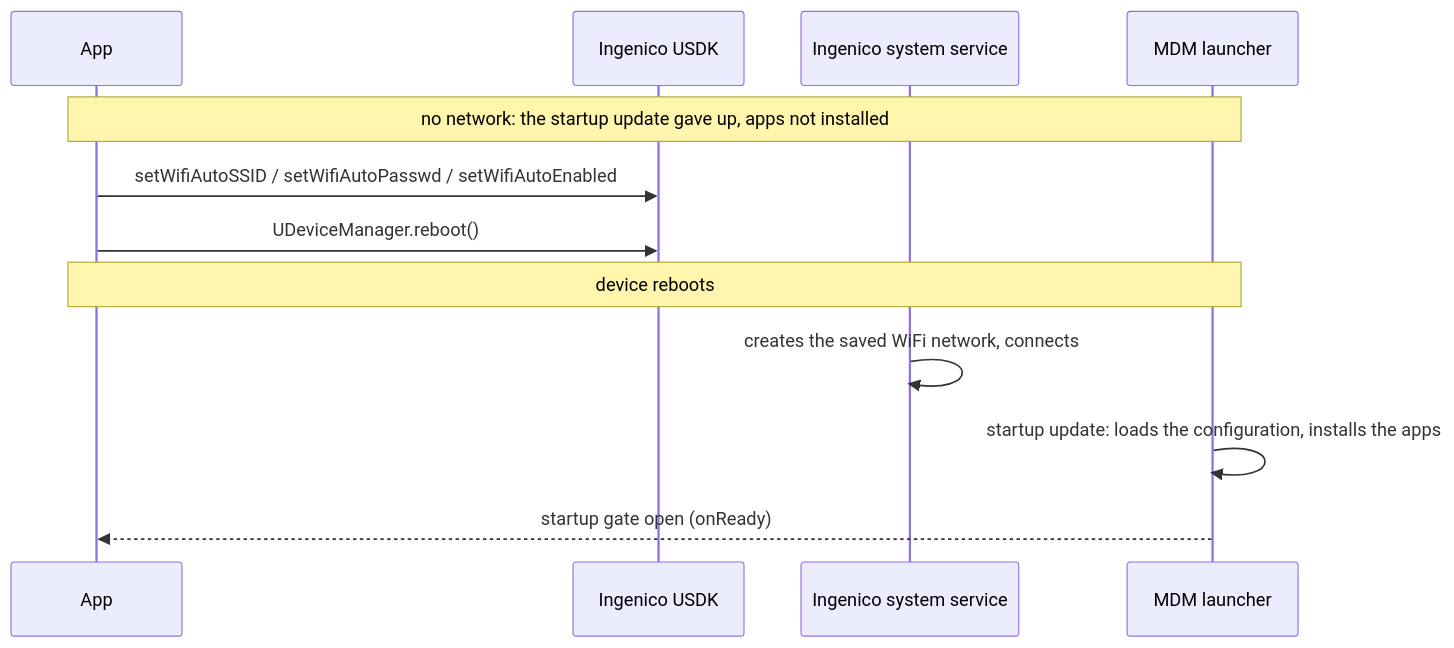
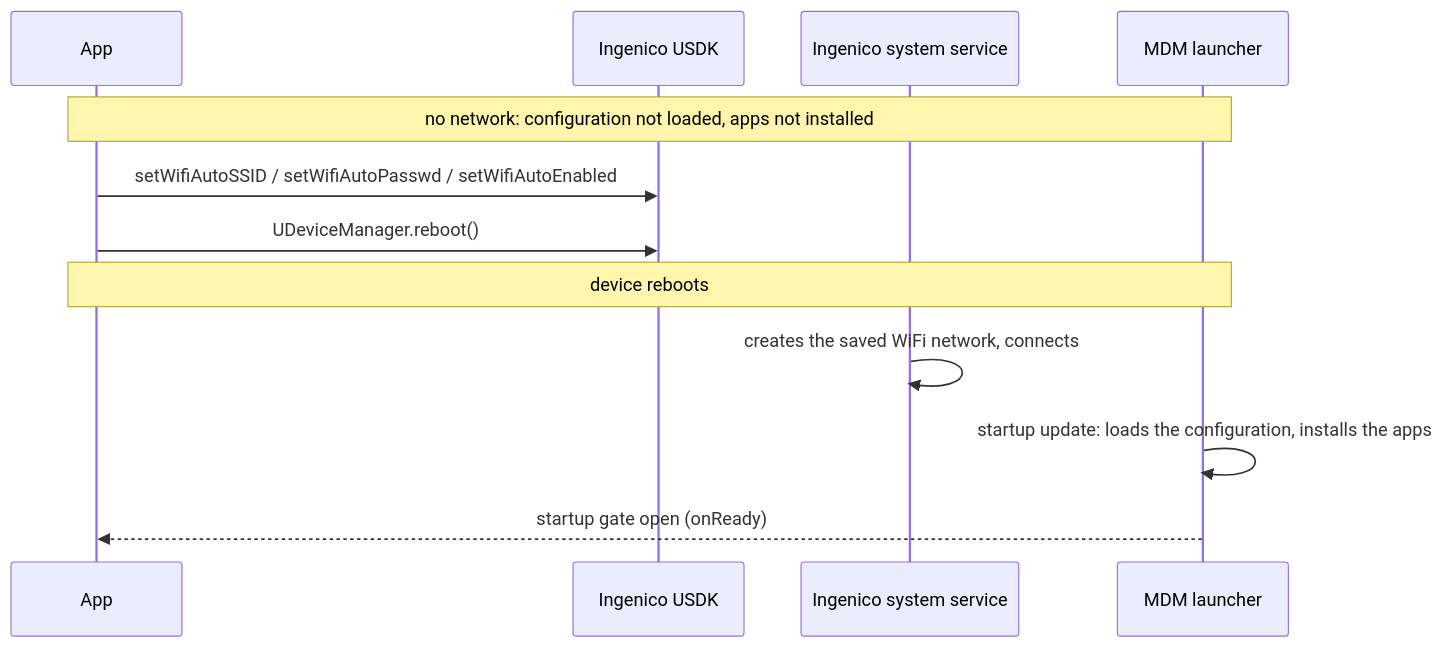
One commit to rch-fw/HmdmChangeDeviceNumber changed the first of 5 diagrams in docs/wifi-setup.md. Above: the diagram before and after it, drawn with Mermaid. The commit also changed other lines of this file and 5 other files, not shown here.

````diff
--- a/docs/wifi-setup.md
+++ b/docs/wifi-setup.md
@@ -80,14 +85,14 @@
 ```mermaid
 sequenceDiagram
     participant A as App
     participant U as Ingenico USDK
     participant S as Ingenico system service
     participant L as MDM launcher
-    Note over A,L: no network: the startup update gave up, apps not installed
+    Note over A,L: no network: configuration not loaded, apps not installed
     A->>U: setWifiAutoSSID / setWifiAutoPasswd / setWifiAutoEnabled
     A->>U: UDeviceManager.reboot()
     Note over A,L: device reboots
     S->>S: creates the saved WiFi network, connects
     L->>L: startup update: loads the configuration, installs the apps
     L-->>A: startup gate open (onReady)
 ```
````
